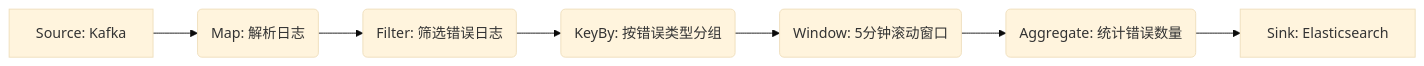
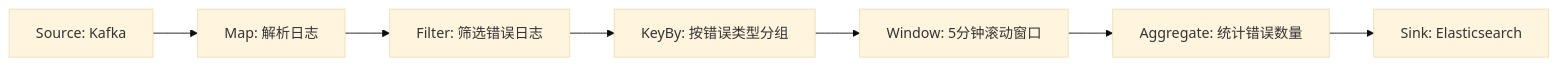
The second of 3 diagrams in AI_BOOK/大数据引擎内核：原理、设计与实现/09_Flink架构与核心概念.md (gravitys169/pages), drawn with Mermaid (base theme) before and after one commit. The commit also changed other lines of this file and 8 other files, not shown here.

````diff
--- a/AI_BOOK/大数据引擎内核：原理、设计与实现/09_Flink架构与核心概念.md
+++ b/AI_BOOK/大数据引擎内核：原理、设计与实现/09_Flink架构与核心概念.md
@@ -168,9 +168,9 @@
 ```mermaid
 graph LR
-    Source[Source: Kafka] --> Map(Map: 解析日志);
-    Map --> Filter(Filter: 筛选错误日志);
-    Filter --> KeyBy(KeyBy: 按错误类型分组);
-    KeyBy --> Window(Window: 5分钟滚动窗口);
-    Window --> Aggregate(Aggregate: 统计错误数量);
-    Aggregate --> Sink[Sink: Elasticsearch];
+    Source["Source: Kafka"] --> Map["Map: 解析日志"];
+    Map --> Filter["Filter: 筛选错误日志"];
+    Filter --> KeyBy["KeyBy: 按错误类型分组"];
+    KeyBy --> Window["Window: 5分钟滚动窗口"];
+    Window --> Aggregate["Aggregate: 统计错误数量"];
+    Aggregate --> Sink["Sink: Elasticsearch"];
 ```
````
